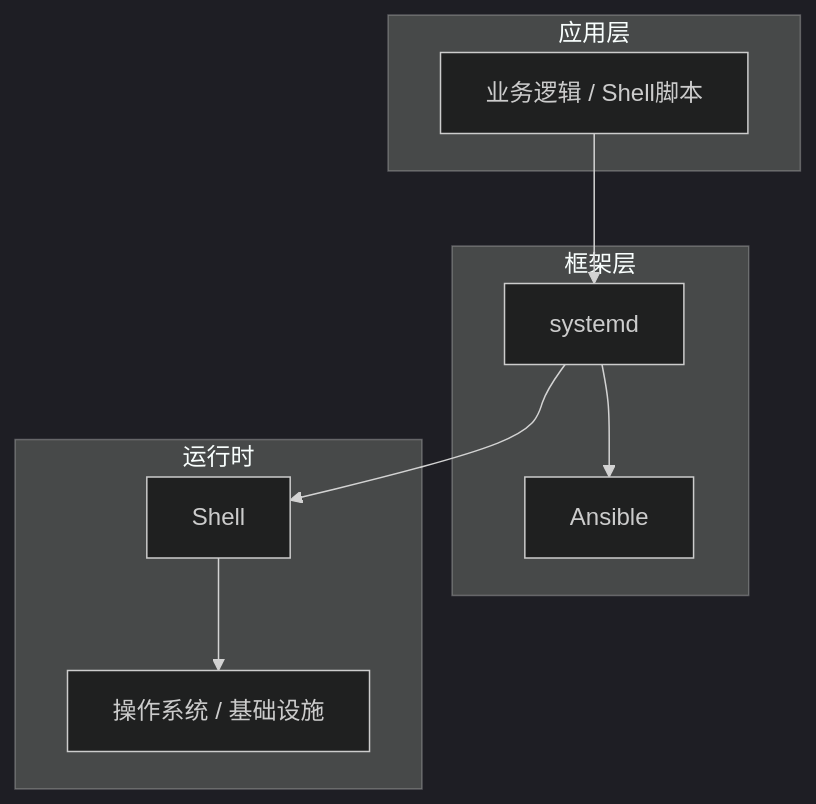
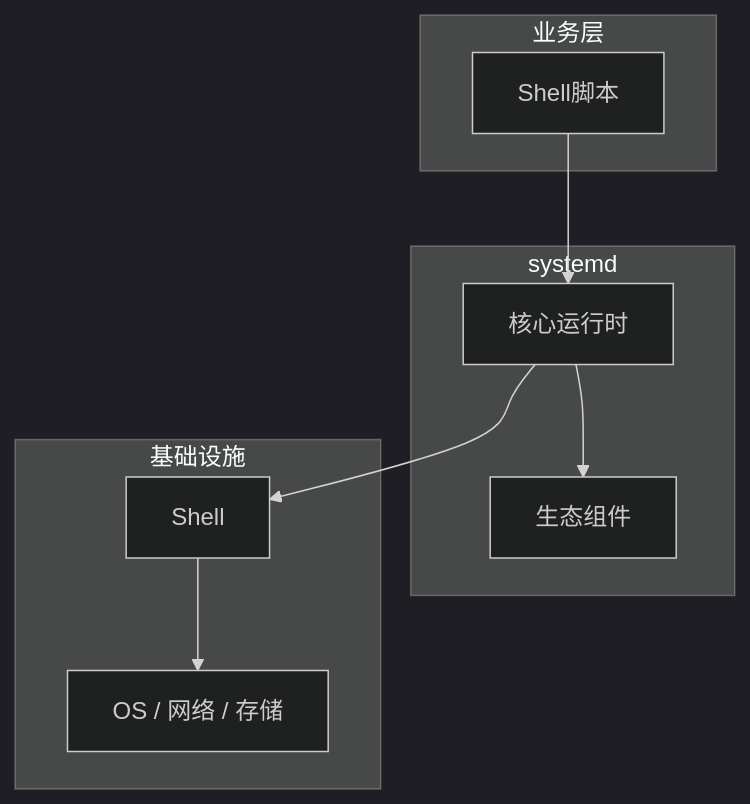
One commit to yanggan2015/knowledge-json-v2 changed the diagram in articles/Linux运维/chapters/073-Shell脚本核心概念与原理.md. Above: the diagram before and after it, drawn with Mermaid (dark theme). The commit also changed other lines of this file and 10127 other files, not shown here.

````diff
--- a/articles/Linux运维/chapters/073-Shell脚本核心概念与原理.md
+++ b/articles/Linux运维/chapters/073-Shell脚本核心概念与原理.md
@@ -45,18 +34,18 @@
 ```mermaid
 graph TB
-    subgraph 应用层
-        A[业务逻辑 / Shell脚本]
+    subgraph 业务层
+        A[Shell脚本]
     end
-    subgraph 框架层
-        B[systemd]
-        C[Ansible]
+    subgraph systemd
+        B[核心运行时]
+        C[生态组件]
     end
-    subgraph 运行时
+    subgraph 基础设施
         D[Shell]
-        E[操作系统 / 基础设施]
+        E[OS / 网络 / 存储]
     end
     A --> B
     B --> C
     B --> D
     D --> E
 ```
````
